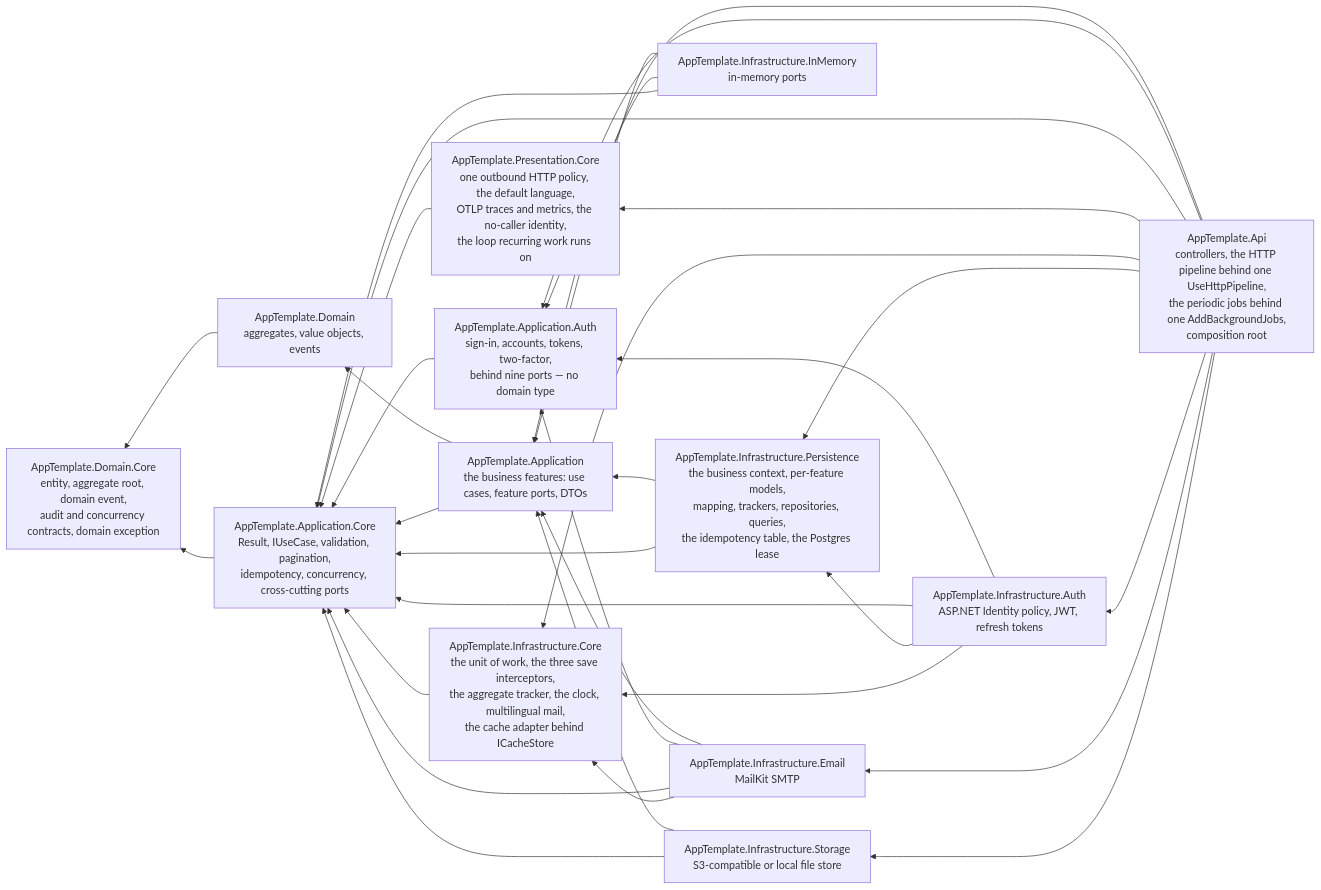
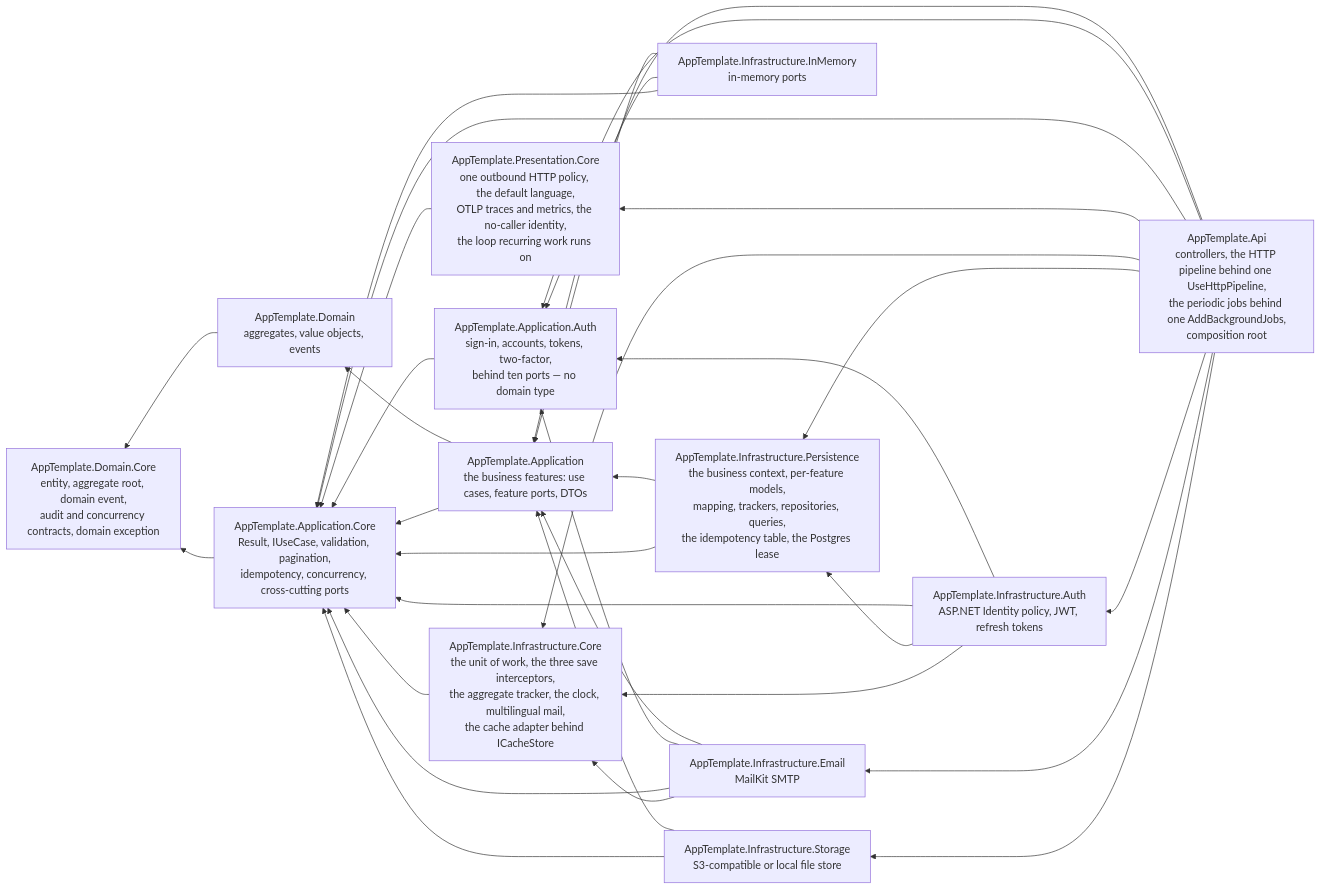
One commit to Pierre-MarieMarchio/Template-DotNet_Clean_Architecture changed the diagram in docs/ARCHITECTURE.md. Above: the diagram before and after it, drawn with Mermaid. The commit also changed other lines of this file and 65 other files, not shown here.

````diff
--- a/docs/ARCHITECTURE.md
+++ b/docs/ARCHITECTURE.md
@@ -52,48 +52,48 @@
 ```mermaid
 graph RL
     Api[AppTemplate.Api<br/>controllers, the HTTP pipeline behind one UseHttpPipeline,<br/>the periodic jobs behind one AddBackgroundJobs,<br/>composition root]
     PresCore[AppTemplate.Presentation.Core<br/>one outbound HTTP policy, the default language,<br/>OTLP traces and metrics, the no-caller identity,<br/>the loop recurring work runs on]
     Ident[AppTemplate.Infrastructure.Auth<br/>ASP.NET Identity policy, JWT, refresh tokens]
     Mail[AppTemplate.Infrastructure.Email<br/>MailKit SMTP]
     Store[AppTemplate.Infrastructure.Storage<br/>S3-compatible or local file store]
     Mem[AppTemplate.Infrastructure.InMemory<br/>in-memory ports]
     Pers[AppTemplate.Infrastructure.Persistence<br/>the business context, per-feature models,<br/>mapping, trackers, repositories, queries,<br/>the idempotency table, the Postgres lease]
     InfraCore[AppTemplate.Infrastructure.Core<br/>the unit of work, the three save interceptors,<br/>the aggregate tracker, the clock, multilingual mail,<br/>the cache adapter behind ICacheStore]
     App[AppTemplate.Application<br/>the business features: use cases, feature ports, DTOs]
-    Auth[AppTemplate.Application.Auth<br/>sign-in, accounts, tokens, two-factor,<br/>behind nine ports — no domain type]
+    Auth[AppTemplate.Application.Auth<br/>sign-in, accounts, tokens, two-factor,<br/>behind ten ports — no domain type]
     AppCore[AppTemplate.Application.Core<br/>Result, IUseCase, validation, pagination,<br/>idempotency, concurrency, cross-cutting ports]
     Dom[AppTemplate.Domain<br/>aggregates, value objects, events]
     DomCore[AppTemplate.Domain.Core<br/>entity, aggregate root, domain event,<br/>audit and concurrency contracts, domain exception]
 
     Dom --> DomCore
     AppCore --> DomCore
     App --> Dom
     App --> AppCore
     Auth --> AppCore
     PresCore --> AppCore
     InfraCore --> AppCore
     Pers --> App
     Pers --> AppCore
     Ident --> Auth
     Ident --> AppCore
     Ident --> Pers
     Ident --> InfraCore
     Mail --> App
     Mail --> Auth
     Mail --> AppCore
     Mail --> InfraCore
     Store --> App
     Store --> AppCore
     Mem --> App
     Mem --> Auth
     Mem --> AppCore
     Api --> App
     Api --> Auth
     Api --> AppCore
     Api --> PresCore
     Api --> InfraCore
     Api --> Pers
     Api --> Ident
     Api --> Mail
     Api --> Store
 ```
````
